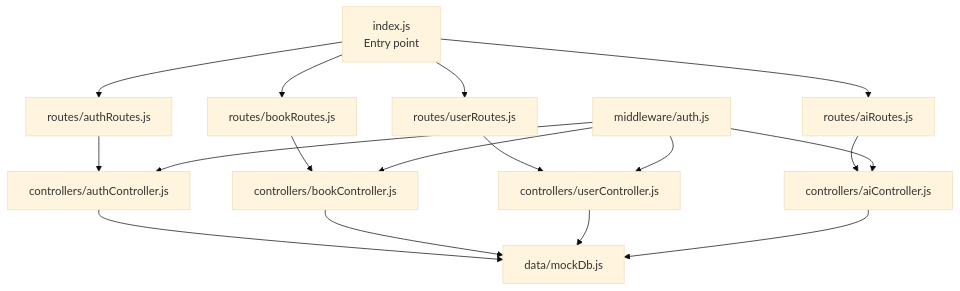
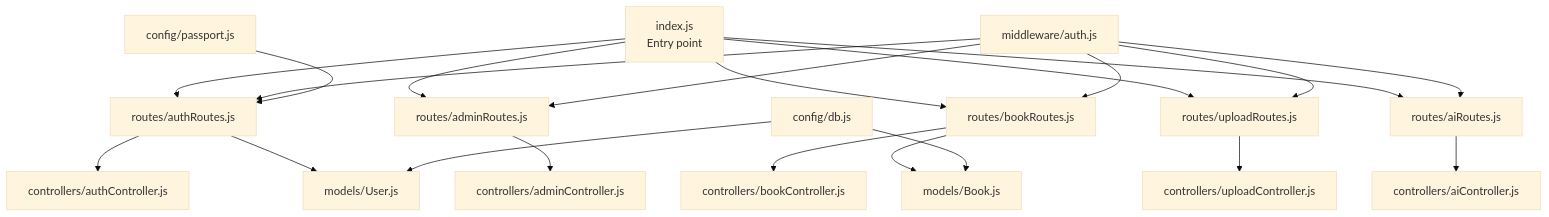
One commit to ganesh-NB/readsphere changed the first of 5 diagrams in .qoder/repowiki/en/content/Backend API Documentation/Backend API Documentation.md. Above: the diagram before and after it, drawn with Mermaid (base theme). The commit also changed other lines of this file and 46 other files, not shown here.

````diff
--- a/.qoder/repowiki/en/content/Backend API Documentation/Backend API Documentation.md
+++ b/.qoder/repowiki/en/content/Backend API Documentation/Backend API Documentation.md
@@ -37,19 +40,23 @@
 ```mermaid
 graph TB
 A["index.js<br/>Entry point"] --> B["routes/authRoutes.js"]
-A --> C["routes/bookRoutes.js"]
-A --> D["routes/userRoutes.js"]
-A --> E["routes/aiRoutes.js"]
-B --> F["controllers/authController.js"]
-C --> G["controllers/bookController.js"]
-D --> H["controllers/userController.js"]
-E --> I["controllers/aiController.js"]
-F --> J["data/mockDb.js"]
-G --> J
-H --> J
-I --> J
-K["middleware/auth.js"] --> F
-K --> G
-K --> H
-K --> I
+A --> C["routes/adminRoutes.js"]
+A --> D["routes/bookRoutes.js"]
+A --> E["routes/uploadRoutes.js"]
+A --> F["routes/aiRoutes.js"]
+B --> G["controllers/authController.js"]
+C --> H["controllers/adminController.js"]
+D --> I["controllers/bookController.js"]
+E --> J["controllers/uploadController.js"]
+F --> K["controllers/aiController.js"]
+B --> L["models/User.js"]
+D --> M["models/Book.js"]
+N["middleware/auth.js"] --> B
+N --> C
+N --> D
+N --> E
+N --> F
+O["config/passport.js"] --> B
+P["config/db.js"] --> L
+P --> M
 ```
````
